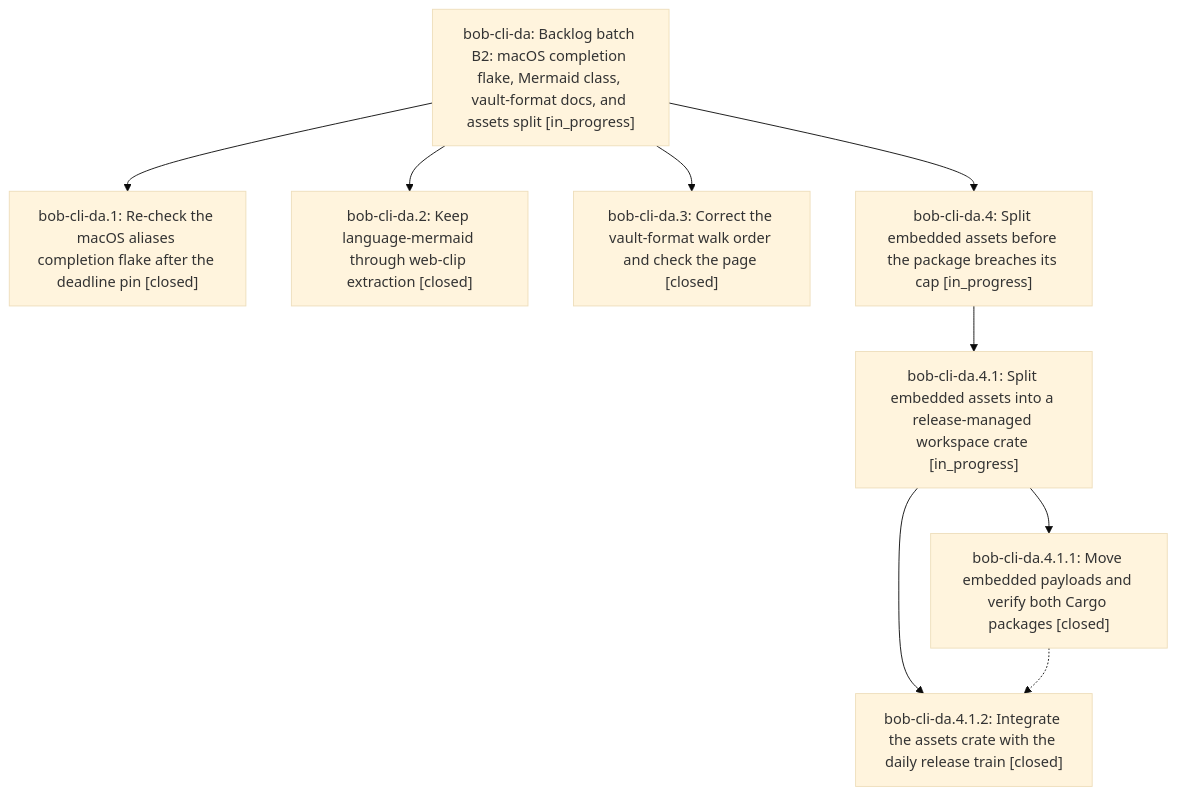
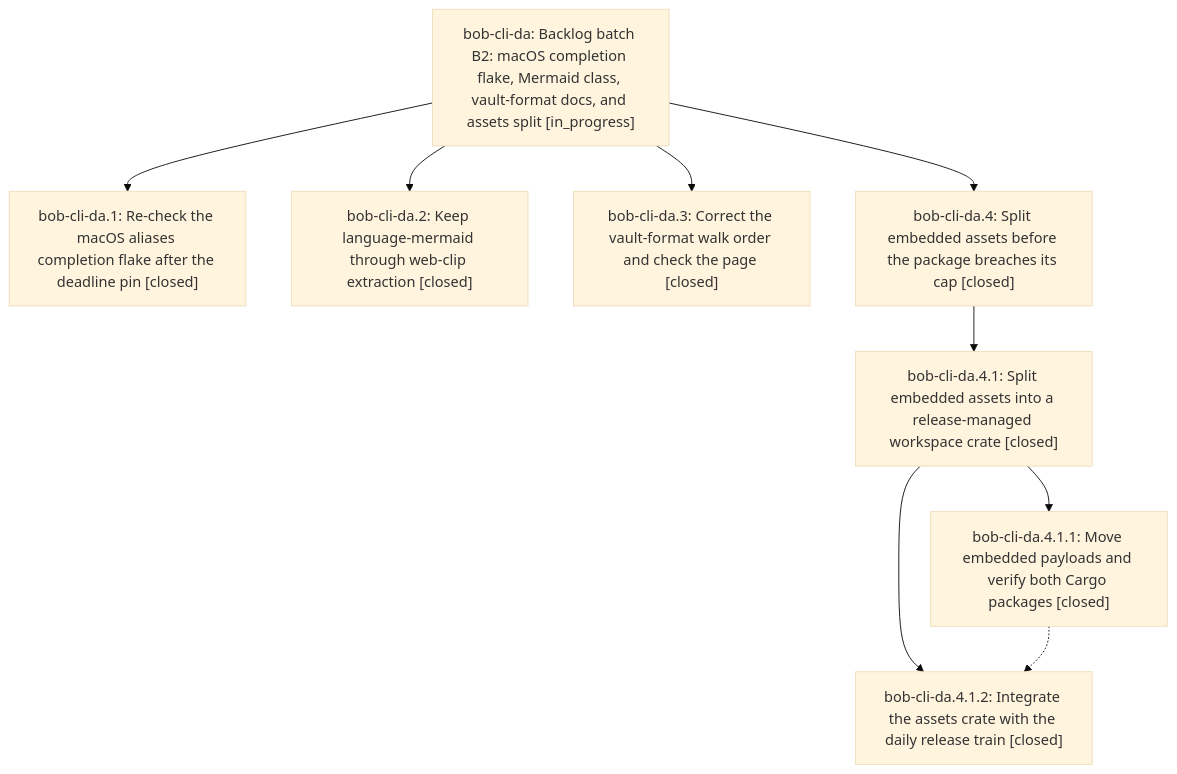
Before and after one commit to bobs-org/bob-cli--beads: the diagram in pages/bob-cli-da/README.md, drawn with Mermaid (base theme). The commit also changed other lines of this file and 3 other files, not shown here.

First line of the commit message:
chore(beads): sync bead state and pages for bob-cli-da

````diff
--- a/pages/bob-cli-da/README.md
+++ b/pages/bob-cli-da/README.md
@@ -39,19 +39,19 @@
 ```mermaid
 flowchart TD
     n0["bob-cli-da: Backlog batch B2: macOS completion flake, Mermaid class, vault-format docs, and assets split [in_progress]"]
     n1["bob-cli-da.1: Re-check the macOS aliases completion flake after the deadline pin [closed]"]
     n2["bob-cli-da.2: Keep language-mermaid through web-clip extraction [closed]"]
     n3["bob-cli-da.3: Correct the vault-format walk order and check the page [closed]"]
-    n4["bob-cli-da.4: Split embedded assets before the package breaches its cap [in_progress]"]
-    n5["bob-cli-da.4.1: Split embedded assets into a release-managed workspace crate [in_progress]"]
+    n4["bob-cli-da.4: Split embedded assets before the package breaches its cap [closed]"]
+    n5["bob-cli-da.4.1: Split embedded assets into a release-managed workspace crate [closed]"]
     n6["bob-cli-da.4.1.1: Move embedded payloads and verify both Cargo packages [closed]"]
     n7["bob-cli-da.4.1.2: Integrate the assets crate with the daily release train [closed]"]
     n0 --> n1
     n0 --> n2
     n0 --> n3
     n0 --> n4
     n4 --> n5
     n5 --> n6
     n5 --> n7
     n6 -.-> n7
 ```
````
